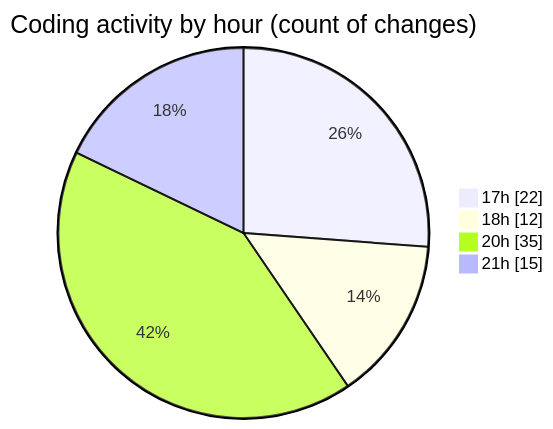
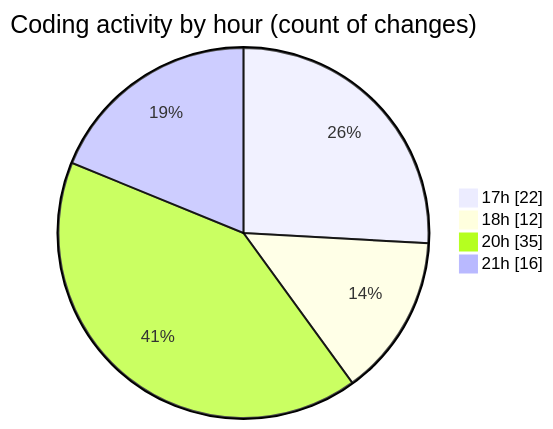
One commit to Netris89/code-tracking changed the second of 2 diagrams in 2025-10-30/skintrack/README.md. Above: the diagram before and after it, drawn with Mermaid. The commit also changed other lines of this file and 1 other file, not shown here.

````diff
--- a/2025-10-30/skintrack/README.md
+++ b/2025-10-30/skintrack/README.md
@@ -36,8 +36,8 @@
 ```mermaid
 pie showData
 title Coding activity by hour (count of changes)
 "17h" : 22
 "18h" : 12
 "20h" : 35
-"21h" : 15
+"21h" : 16
 ```
````
